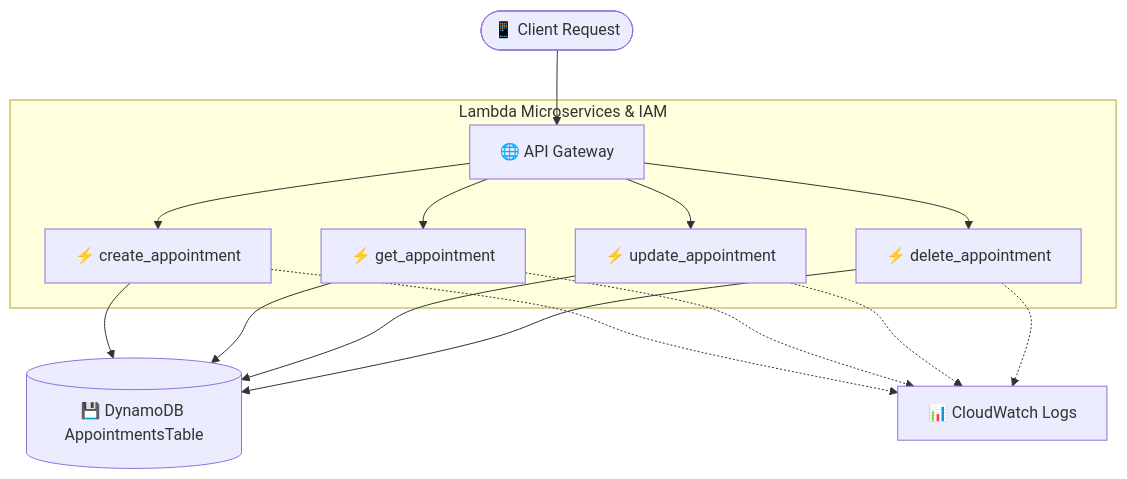
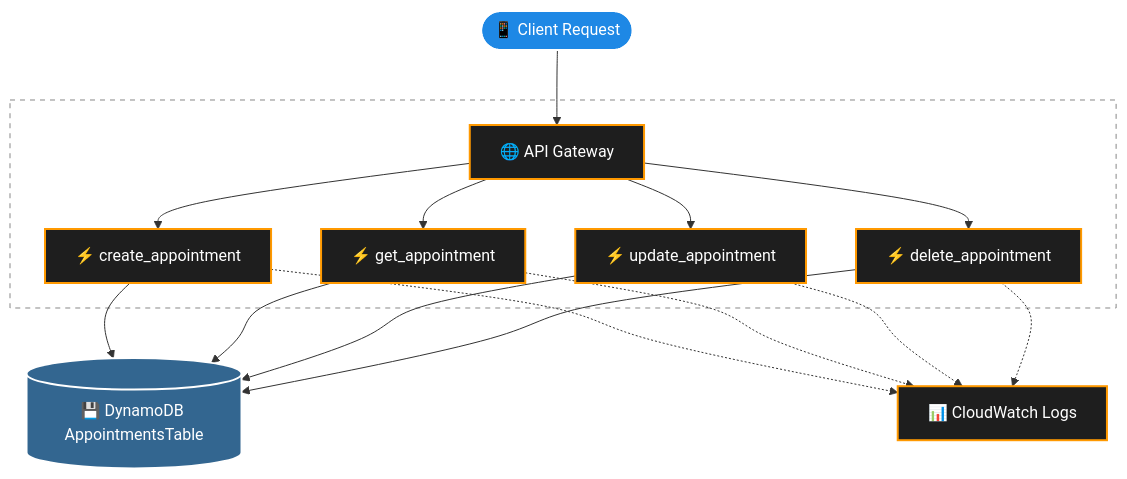
The diagram in README.md (nicolas-ibanez/aws-serverless-appointment-system), drawn with Mermaid before and after one commit.

Commit message:
docs: improve mermaid diagram colors for dark mode readability

````diff
--- a/README.md
+++ b/README.md
@@ -16,21 +16,28 @@
 ```mermaid
 graph TD
-    Client([📱 Client Request]) --> API[🌐 API Gateway]
+    %% Explicit styling for dark mode readability
+    classDef default fill:#1E1E1E,stroke:#FF9900,stroke-width:2px,color:#FFFFFF;
+    classDef db fill:#336690,stroke:#FFFFFF,stroke-width:2px,color:#FFFFFF;
+    classDef client fill:#1E88E5,stroke:#FFFFFF,stroke-width:2px,color:#FFFFFF;
+
+    Client([📱 Client Request]):::client --> API[🌐 API Gateway]
     
     subgraph Compute [Lambda Microservices & IAM]
         API --> Create[⚡ create_appointment]
         API --> Get[⚡ get_appointment]
         API --> Update[⚡ update_appointment]
         API --> Delete[⚡ delete_appointment]
     end
 
-    Create --> DB[(💾 DynamoDB AppointmentsTable)]
+    Create --> DB[(💾 DynamoDB AppointmentsTable)]:::db
     Get --> DB
     Update --> DB
     Delete --> DB
 
     Create -.-> Logs[📊 CloudWatch Logs]
     Get -.-> Logs
     Update -.-> Logs
     Delete -.-> Logs
+
+    style Compute fill:transparent,stroke:#888888,stroke-dasharray: 5 5,color:#FFFFFF
 ```
````
